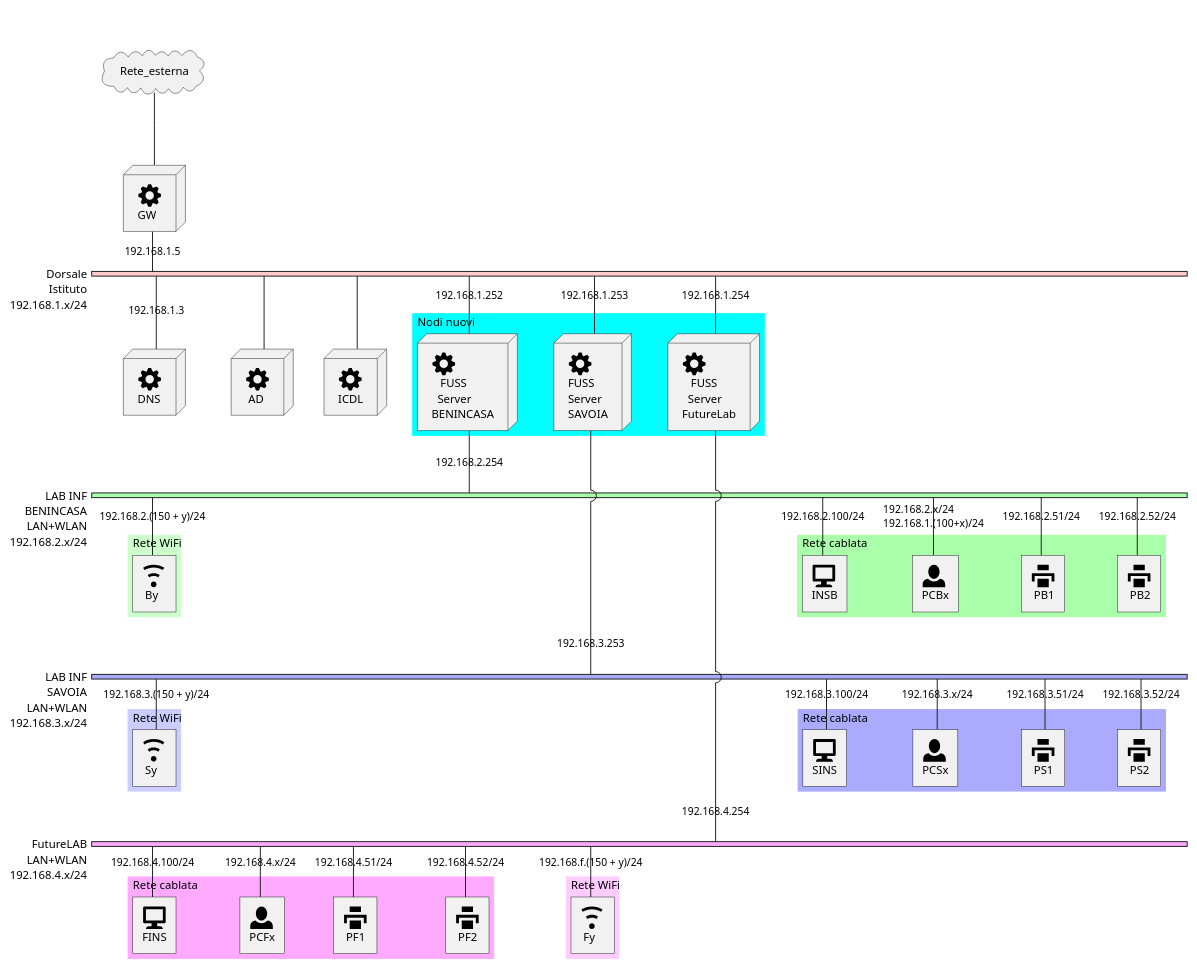
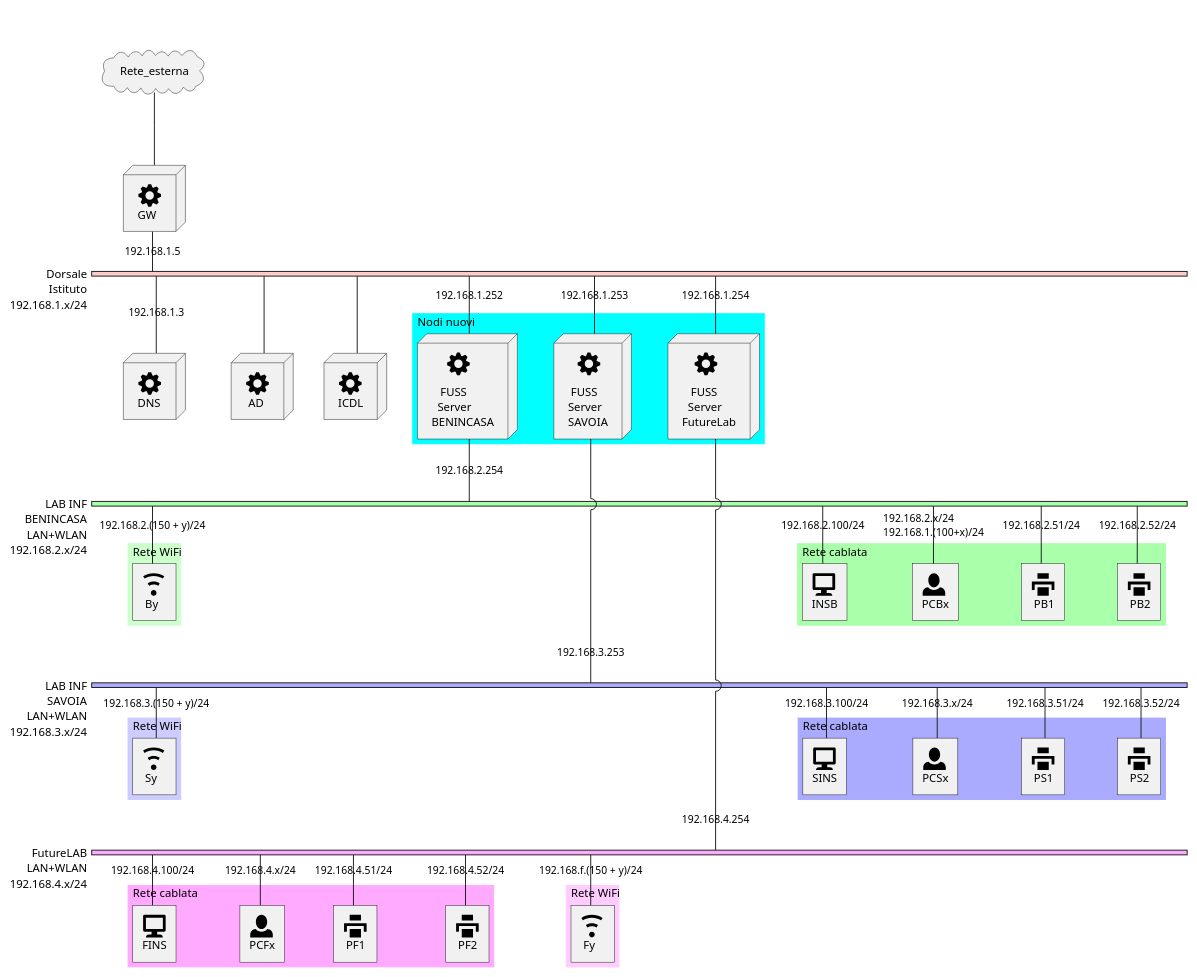
The diagram in proposte/rete_laboratori/img/arch-net-hl.puml (gionatamassibenincasa/as-22-23), drawn with PlantUML before and after one commit. The commit also changed 8 other files, not shown here.

```diff
--- a/proposte/rete_laboratori/img/arch-net-hl.puml
+++ b/proposte/rete_laboratori/img/arch-net-hl.puml
@@ -1,103 +1,103 @@
 nwdiag {
   Rete_esterna [shape = cloud desccription="Internet"];
   Rete_esterna -- gateway;
   
   network Altre_ICDL {
       color="#FFCCCC";
       width="full";
       description="Dorsale\nIstituto";
       address="192.168.1.x/24";
       gateway [address="192.168.1.5" shape="node" description="<&cog*3>\nGW"];
       dns [address="192.168.1.3" shape="node" description="<&cog*3>\nDNS"];
       ad [shape="node" description="<&cog*3>\n AD"];
       serverICDL [shape="node" description="<&cog*3>\nICDL"];
       FSB  [address="192.168.1.252"];
       FSS  [address="192.168.1.253"];
       FSF  [address="192.168.1.254"];
     }
     
     group nuovo {
       description="Nodi nuovi";
       color="#00FFFF";
       FSB;
       FSS;
       FSF;
     }
   
     network Lab_Benincasa {
       color="#AAFFAA"
       width="full";
       address="192.168.2.x/24"
       description="LAB INF\nBENINCASA\nLAN+WLAN"
 
-      FSB  [address="192.168.2.254"  shape="node" description="<&cog*3>\n   FUSS\n  Server\nBENINCASA"];
+      FSB  [address="192.168.2.254"  shape="node" description="     <&cog*3>\n   FUSS\n  Server\nBENINCASA"];
       group B_Cabled {
         description="Rete cablata"
         color="#AAFFAA"
         
         doc_B [address="192.168.2.100/24" description="<&monitor*3>\nINSB"];
         pc_Bx  [address="192.168.2.x/24, 192.168.1.(100+x)/24" description="<&person*3>\nPCBx"];
         
         printer_B1 [address="192.168.2.51/24" description="<&print*3>\n PB1"];
         printer_B2 [address="192.168.2.52/24" description="<&print*3>\n PB2"];
       }
       
       group B_WiFi {
         description="Rete WiFi"
         color="#CCFFCC"
         
         WiFi_By [address="192.168.2.(150 + y)/24" description="<&wifi*3>\n By"];
       }
     }
     
     network Lab_Savoia {
       color="#AAAAFF"
       width="full";
       address="192.168.3.x/24"
       description="LAB INF\nSAVOIA\nLAN+WLAN"
   
-      FSS  [address="192.168.3.253" shape="node" description="<&cog*3>\nFUSS\nServer\nSAVOIA"];
+      FSS  [address="192.168.3.253" shape="node" description="   <&cog*3>\n FUSS\nServer\nSAVOIA"];
       group S_Cabled {
         description="Rete cablata"
         color="#AAAAFF"
         
         doc_S [address="192.168.3.100/24" description="<&monitor*3>\nSINS"];
         pc_Sx  [address="192.168.3.x/24" description="<&person*3>\nPCSx"];
   
         printer_S1 [address="192.168.3.51/24" description="<&print*3>\n PS1"];
         printer_S2 [address="192.168.3.52/24" description="<&print*3>\n PS2"];
       }
       
       group S_WiFi {
         description="Rete WiFi"
         color="#CCCCFF"
         
         WiFi_Sy [address="192.168.3.(150 + y)/24" description="<&wifi*3>\n Sy"];
       }
     }
     network Lab_FL {
       color="#FFAAFF"
       width="full";
       address="192.168.4.x/24"
       description="FutureLAB\nLAN+WLAN"
   
-      FSF  [address="192.168.4.254" shape="node" description="<&cog*3>\n   FUSS\n  Server\nFutureLab"];
+      FSF  [address="192.168.4.254" shape="node" description="    <&cog*3>\n   FUSS\n  Server\nFutureLab"];
       group F_Cabled {
         description="Rete cablata"
         color="#FFAAFF"
         
         doc_F [address="192.168.4.100/24" description="<&monitor*3>\nFINS"];
         pc_Fx  [address="192.168.4.x/24" description="<&person*3>\nPCFx"];
   
         printer_F1 [address="192.168.4.51/24" description="<&print*3>\n PF1"];
         printer_F2 [address="192.168.4.52/24" description="<&print*3>\n PF2"];
       }
       
       group F_WiFi {
         description="Rete WiFi"
         color="#FFCCFF"
         
         WiFi_Fy [address="192.168.f.(150 + y)/24" description="<&wifi*3>\n Fy"];
       }
   }
 }
```
